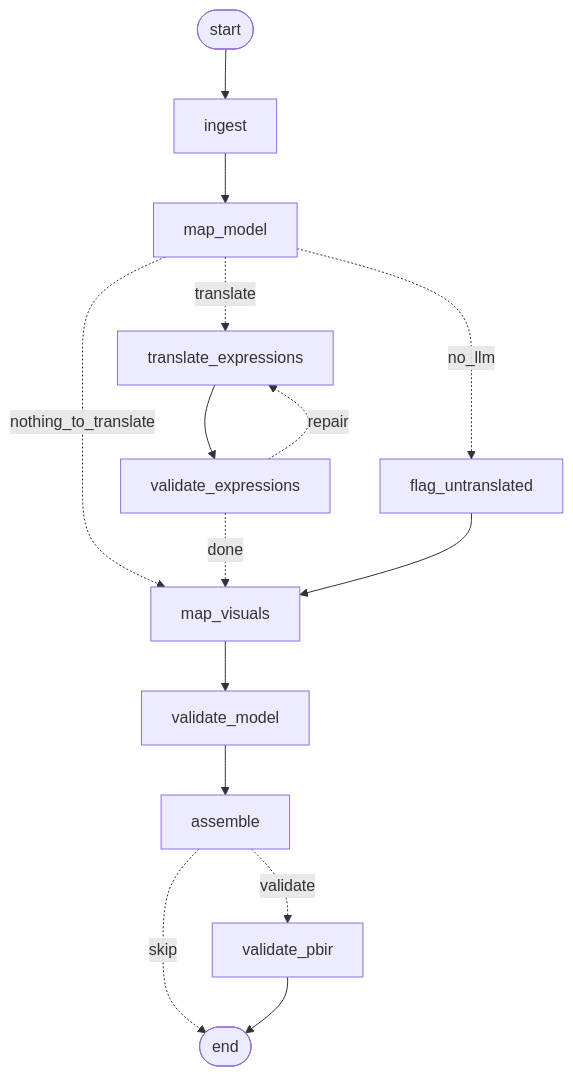
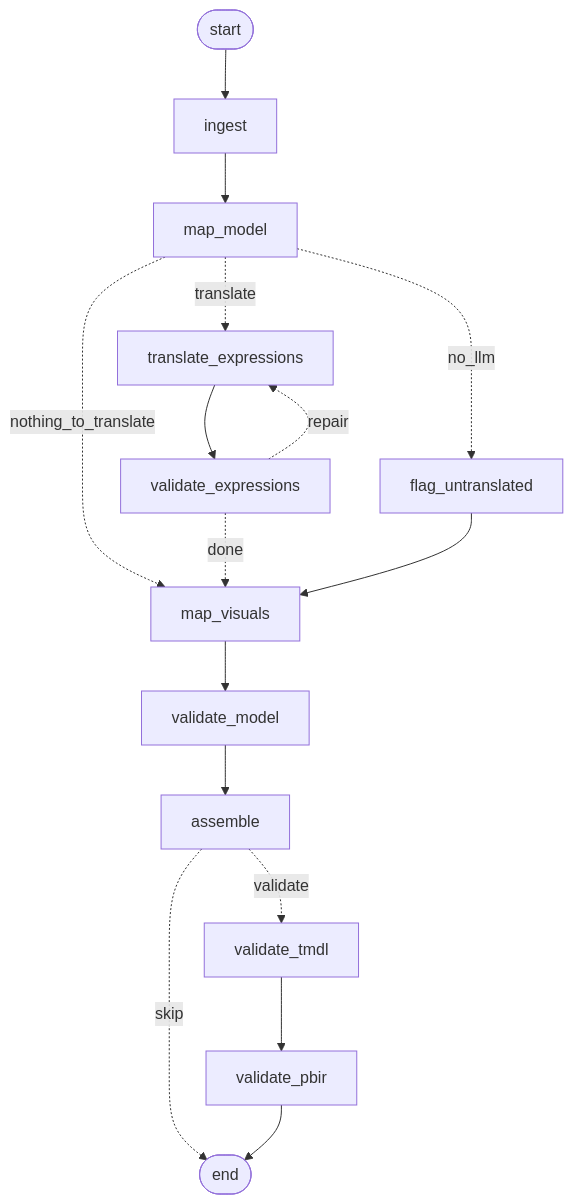
One commit to AGiorni/tableau-to-powerbi-migrator changed the diagram in README.md. Above: the diagram before and after it, drawn with Mermaid. The commit also changed other lines of this file and 20 other files, not shown here.

First line of the commit message:
Validate the written semantic model with Microsoft's TMDL parser (step 2)

````diff
--- a/README.md
+++ b/README.md
@@ -12,17 +12,18 @@
 ```mermaid
 graph TD
     START([start]) --> ingest
     ingest --> map_model
     map_model -.->|translate| translate_expressions
     map_model -.->|no_llm| flag_untranslated
     map_model -.->|nothing_to_translate| map_visuals
     translate_expressions --> validate_expressions
     validate_expressions -.->|repair| translate_expressions
     validate_expressions -.->|done| map_visuals
     flag_untranslated --> map_visuals
     map_visuals --> validate_model
     validate_model --> assemble
-    assemble -.->|validate| validate_pbir
+    assemble -.->|validate| validate_tmdl
     assemble -.->|skip| END([end])
+    validate_tmdl --> validate_pbir
     validate_pbir --> END
 ```
````
